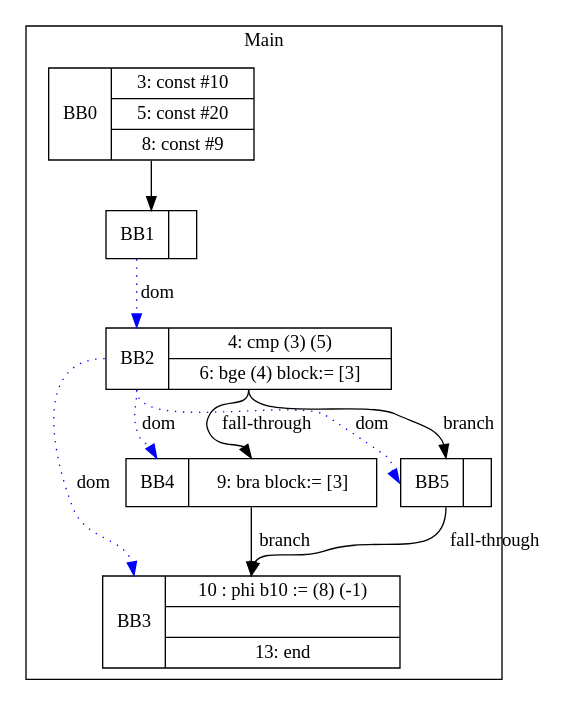
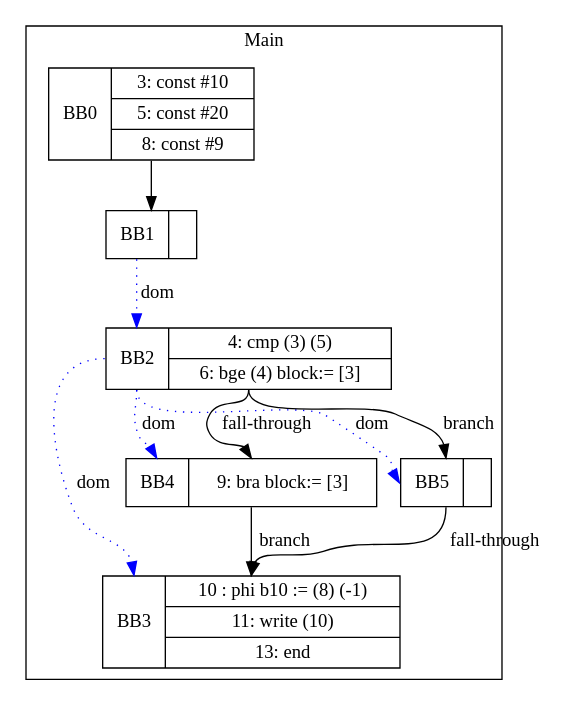
Before and after one commit to zjc664656505/UCI-CS241-Advanced-Compiler-main: the diagram in visualization/Simon/if_no_else.gv, drawn with Graphviz. The commit also changed 26 other files, not shown here.

```diff
--- a/visualization/Simon/if_no_else.gv
+++ b/visualization/Simon/if_no_else.gv
@@ -1,21 +1,21 @@
 digraph G {
 node [shape=record];
 subgraph cluster_main{
 label = "Main";
 BB0 [shape=record, label="<b>BB0|{3: const #10|5: const #20|8: const #9}"];
 BB1 [shape=record, label="<b>BB1|}"];
 BB2 [shape=record, label="<b>BB2|{4: cmp (3) (5)|6: bge (4) block:= [3]}"];
-BB3 [shape=record, label="<b>BB3|{10 : phi b10 := (8) (-1)||13: end}"];
+BB3 [shape=record, label="<b>BB3|{10 : phi b10 := (8) (-1)|11: write (10)|13: end}"];
 BB4 [shape=record, label="<b>BB4|{9: bra block:= [3]}"];
 BB5 [shape=record, label="<b>BB5|}"];
 }
 BB0:s -> BB1:n ;
 BB2:b -> BB3:b [color=blue, style=dotted, label="dom"];
 BB2:b -> BB4:b [color=blue, style=dotted, label="dom"];
 BB1:b -> BB2:b [color=blue, style=dotted, label="dom"];
 BB2:b -> BB5:b [color=blue, style=dotted, label="dom"];
 BB2:s -> BB5:n [label="branch"];
 BB4:s -> BB3:n [label="branch"];
 BB5:s -> BB3:n [label="fall-through"];
 BB2:s -> BB4:n [label="fall-through"];
 }
```
